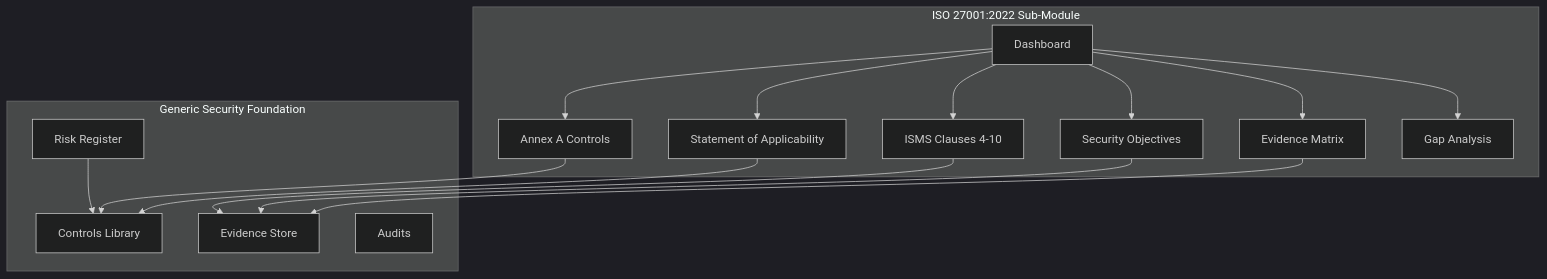
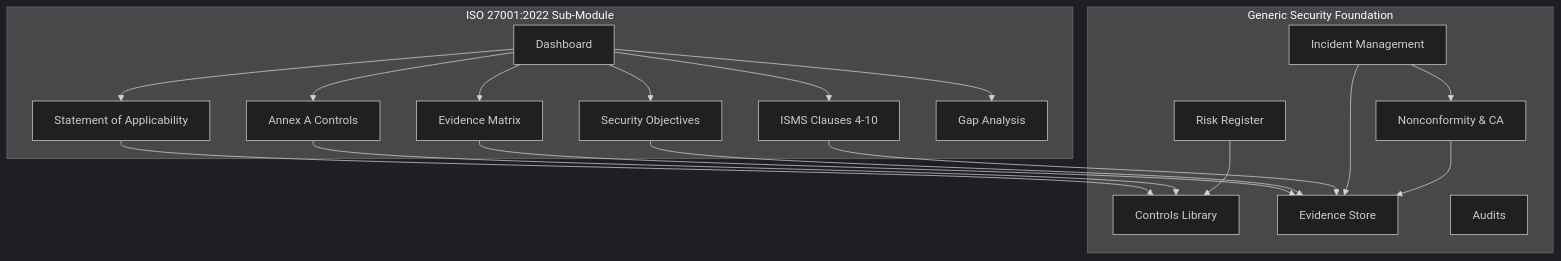
The diagram in apps/web/content/docs/isms.mdx (stellarsoft-tech/IdaraOS), drawn with Mermaid (dark theme) before and after one commit. The commit also changed other lines of this file and 21 other files, not shown here.

````diff
--- a/apps/web/content/docs/isms.mdx
+++ b/apps/web/content/docs/isms.mdx
@@ -11,33 +11,38 @@
 ```mermaid
 graph TB
     subgraph "ISO 27001:2022 Sub-Module"
         DASH[Dashboard]
         CLAUSES[ISMS Clauses 4-10]
         OBJ[Security Objectives]
         SOA[Statement of Applicability]
         ANNEX[Annex A Controls]
         EVID[Evidence Matrix]
         GAPS[Gap Analysis]
     end
 
     subgraph "Generic Security Foundation"
         RISKS[Risk Register]
         CONTROLS[Controls Library]
         STORE[Evidence Store]
         AUDITS[Audits]
+        INCIDENTS[Incident Management]
+        NC[Nonconformity & CA]
     end
 
     DASH --> CLAUSES
     DASH --> OBJ
     DASH --> SOA
     DASH --> ANNEX
     DASH --> EVID
     DASH --> GAPS
 
     SOA --> CONTROLS
     EVID --> STORE
     OBJ --> STORE
     CLAUSES --> STORE
     ANNEX --> CONTROLS
     RISKS --> CONTROLS
+    INCIDENTS --> STORE
+    INCIDENTS --> NC
+    NC --> STORE
 ```
````
